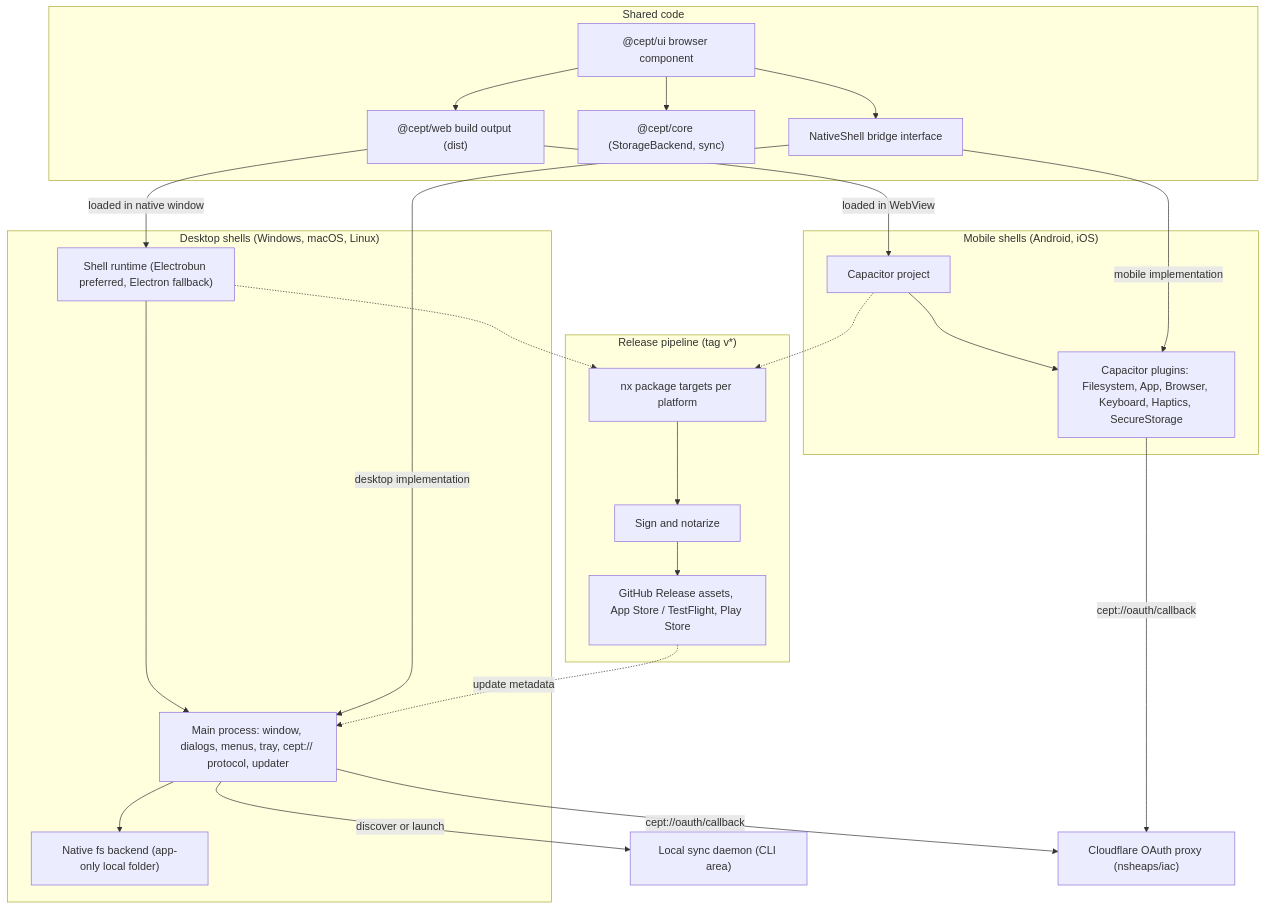
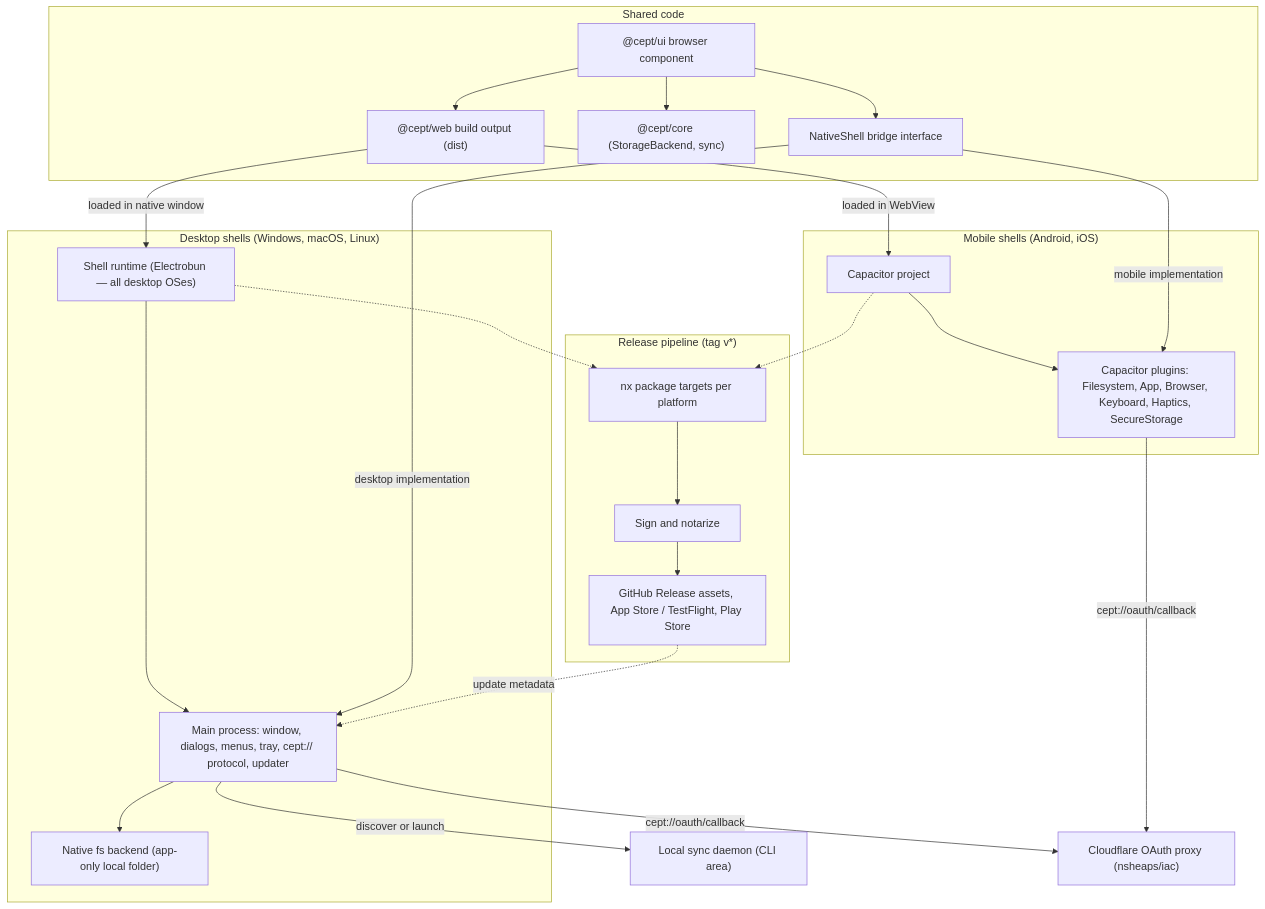
The first of 3 diagrams in docs/specs/requirements/07-native-apps.md (nsheaps/cept), drawn with Mermaid before and after one commit. The commit also changed other lines of this file and 12 other files, not shown here.

````diff
--- a/docs/specs/requirements/07-native-apps.md
+++ b/docs/specs/requirements/07-native-apps.md
@@ -76,47 +76,47 @@
 ```mermaid
 flowchart TB
   subgraph Shared["Shared code"]
     UI["@cept/ui browser component"]
     WEB["@cept/web build output (dist)"]
     CORE["@cept/core (StorageBackend, sync)"]
     BRIDGE["NativeShell bridge interface"]
     UI --> BRIDGE
     UI --> CORE
     UI --> WEB
   end
 
   subgraph Desktop["Desktop shells (Windows, macOS, Linux)"]
-    DSHELL["Shell runtime (Electrobun preferred, Electron fallback)"]
+    DSHELL["Shell runtime (Electrobun — all desktop OSes)"]
     DMAIN["Main process: window, dialogs, menus, tray, cept:// protocol, updater"]
     DFS["Native fs backend (app-only local folder)"]
     DSHELL --> DMAIN
     DMAIN --> DFS
   end
 
   subgraph Mobile["Mobile shells (Android, iOS)"]
     CAP["Capacitor project"]
     MPLUG["Capacitor plugins: Filesystem, App, Browser, Keyboard, Haptics, SecureStorage"]
     CAP --> MPLUG
   end
 
   DAEMON["Local sync daemon (CLI area)"]
   PROXY["Cloudflare OAuth proxy (nsheaps/iac)"]
 
   WEB -->|"loaded in native window"| DSHELL
   WEB -->|"loaded in WebView"| CAP
   BRIDGE -->|"desktop implementation"| DMAIN
   BRIDGE -->|"mobile implementation"| MPLUG
   DMAIN -->|"discover or launch"| DAEMON
   DMAIN -->|"cept://oauth/callback"| PROXY
   MPLUG -->|"cept://oauth/callback"| PROXY
 
   subgraph Release["Release pipeline (tag v*)"]
     BUILD["nx package targets per platform"]
     SIGN["Sign and notarize"]
     PUB["GitHub Release assets, App Store / TestFlight, Play Store"]
     BUILD --> SIGN --> PUB
   end
   DSHELL -.-> BUILD
   CAP -.-> BUILD
   PUB -.->|"update metadata"| DMAIN
 ```
````
